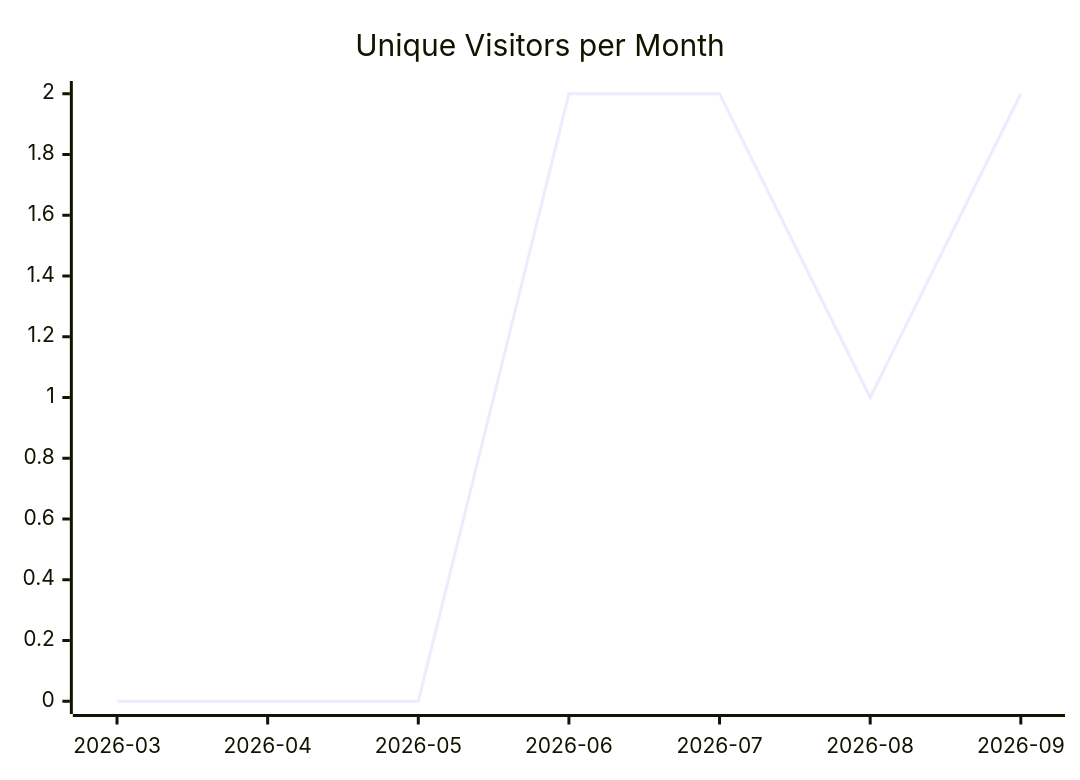
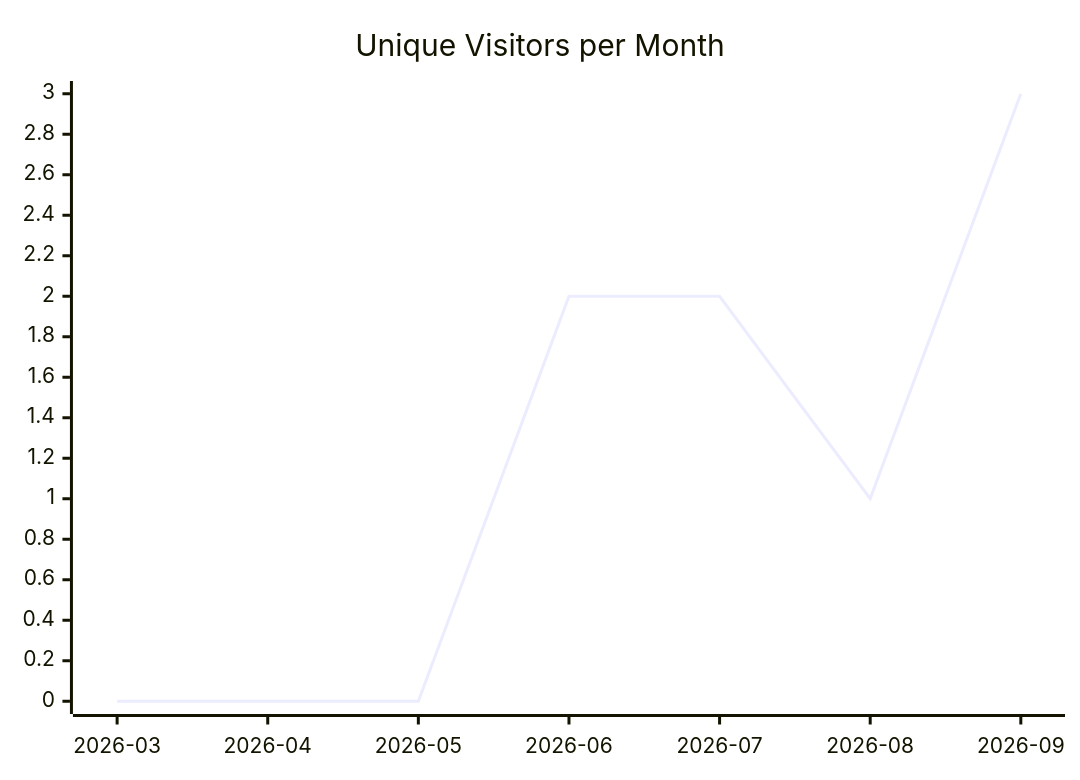
Before and after one commit to justdavis-family/github-analytics-data: the first of 3 diagrams in karlmdavis/dotfiles/README.md, drawn with Mermaid. The commit also changed other lines of this file and 191 other files, not shown here.

````diff
--- a/karlmdavis/dotfiles/README.md
+++ b/karlmdavis/dotfiles/README.md
@@ -5,6 +5,6 @@
 ```mermaid
 xychart-beta
   title "Unique Visitors per Month"
   x-axis ["2026-03", "2026-04", "2026-05", "2026-06", "2026-07", "2026-08", "2026-09"]
-  line [0, 0, 0, 2, 2, 1, 2]
+  line [0, 0, 0, 2, 2, 1, 3]
 ```
````
